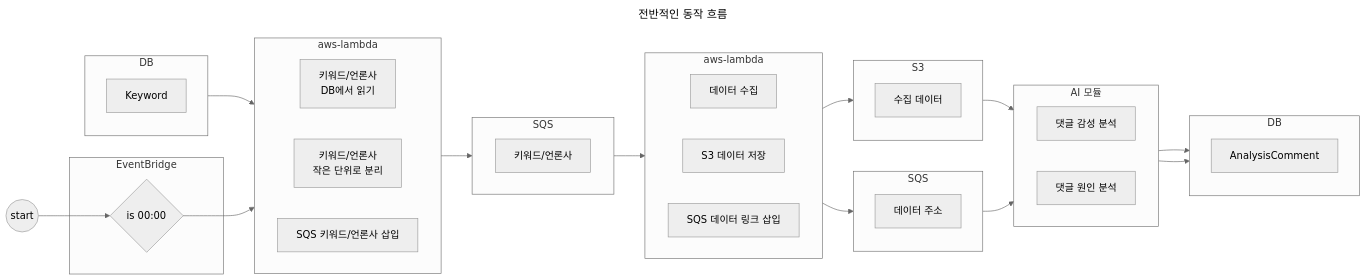
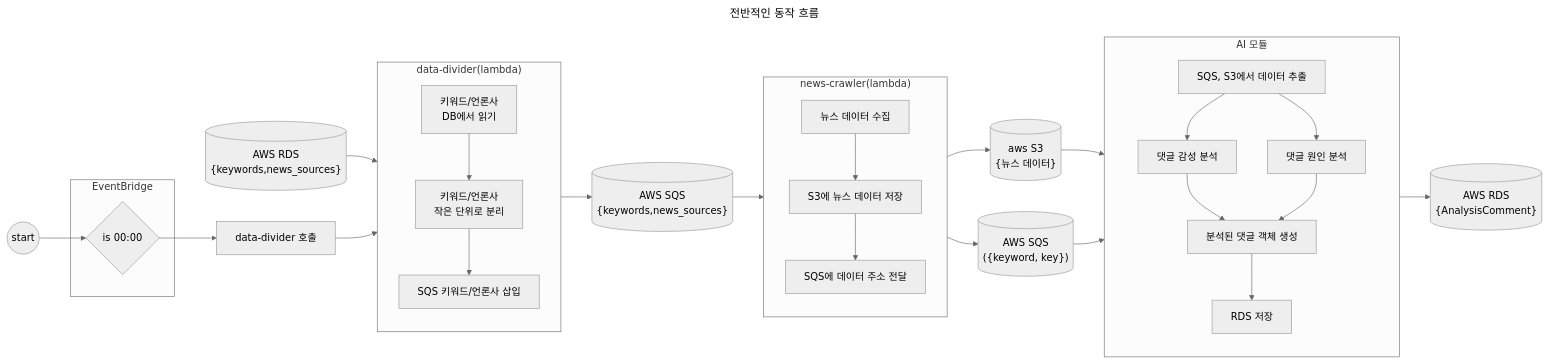
The diagram in backend/server/docs/flow.md (CSID-DGU/2023-02-CECD2-4), drawn with Mermaid (neutral theme) before and after one commit.

Commit message:
docs: flow.md의 다이어그램 개선
- 데이터베이스는 원통, 동작은 사각형으로 구분
- 각 단위 내에서 동작 흐름을 보기 쉽도록 화살표 추가

````diff
--- a/backend/server/docs/flow.md
+++ b/backend/server/docs/flow.md
@@ -1,57 +3,51 @@
 ```mermaid
 ---
 title: 전반적인 동작 흐름
 ---
 flowchart LR
-    subgraph db1 [DB]
-      Keyword
-    end
+    db1[("AWS RDS\n{keywords,news_sources}")]
     db1 --> A
 
     s((start)) --> condition
     subgraph EventBridge
         condition{is 00:00}
     end
-    condition --> A
-    subgraph A [aws-lambda]
-        direction LR
+    condition --> act1[data-divider 호출]
+    act1 --> A
+    subgraph A ["`data-divider(lambda)`"]
+        direction TB
         a2[키워드/언론사\nDB에서 읽기]
         a3[키워드/언론사\n작은 단위로 분리]
         a4[SQS 키워드/언론사 삽입]
+        a2-->a3-->a4
     end
     A --> Q1
-    subgraph Q1[SQS]
-        direction LR
-        키워드/언론사
+    Q1[("AWS SQS\n{keywords,news_sources}")]
+    Q1 --> B
+    subgraph B ["`news-crawler(lambda)`"]
+        direction TB
+        b1[뉴스 데이터 수집]
+        b2[S3에 뉴스 데이터 저장]
+        b3[SQS에 데이터 주소 전달]
+        b1-->b2-->b3
     end
-    Q1 --> B
-    subgraph B [aws-lambda]
-        direction LR
-        b1[데이터 수집]
-        b2[S3 데이터 저장]
-        b3[SQS 데이터 링크 삽입]
-    end
-    subgraph Q2[SQS]
-        q21[데이터 주소]
-    end
-    subgraph bucket[S3]
-        bucket_1[수집 데이터]
-    end
+    Q2[("AWS SQS\n({keyword, key})")]
+    bucket[("aws S3\n{뉴스 데이터}")]
     B --> bucket --> C
     B --> Q2 --> C
 
     subgraph C [AI 모듈]
-        direction LR
+        direction TB
+        c0["SQS, S3에서 데이터 추출"]
         c1[댓글 감성 분석]
         c2[댓글 원인 분석]
+        c3[분석된 댓글 객체 생성]
+        c4[RDS 저장]
+        c0 --> c1 & c2
+        c1 --> c3
+        c2 --> c3
+        c3 --> c4
     end
-
-    c1 --> db2
-    c2 --> db2
-
-    subgraph db2 [DB]
-        direction TB
-        AnalysisComment
-        
-    end
+    C --> db2
+    db2[("AWS RDS\n{AnalysisComment}")]
 ```
````
